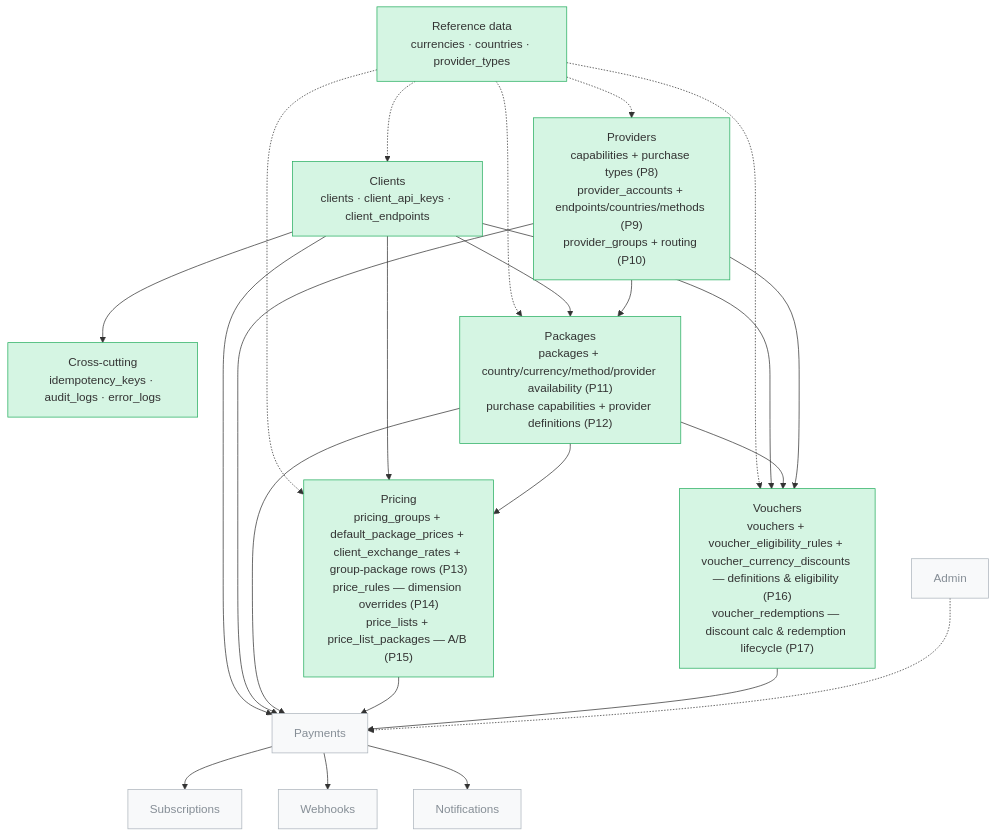
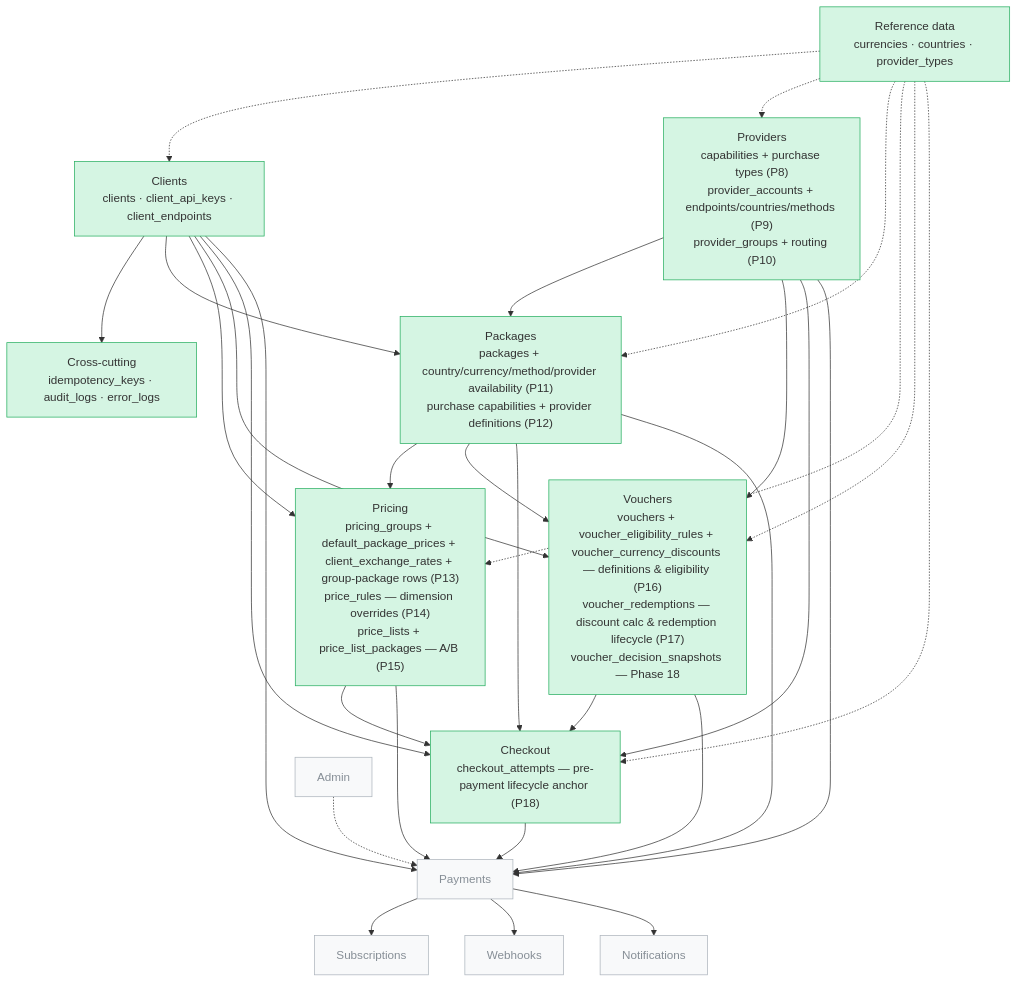
Before and after one commit to mahsashahi/Gomrok: the first of 16 diagrams in .claude/docs/database-diagram.md, drawn with Mermaid. The commit also changed other lines of this file and 68 other files, not shown here.

````diff
--- a/.claude/docs/database-diagram.md
+++ b/.claude/docs/database-diagram.md
@@ -9,37 +9,45 @@
 ```mermaid
 flowchart TD
     Ref["Reference data<br/>currencies · countries · provider_types"]
     Xc["Cross-cutting<br/>idempotency_keys · audit_logs · error_logs"]
     Clients["Clients<br/>clients · client_api_keys · client_endpoints"]
     Providers["Providers<br/>capabilities + purchase types (P8)<br/>provider_accounts + endpoints/countries/methods (P9)<br/>provider_groups + routing (P10)"]
     Packages["Packages<br/>packages + country/currency/method/provider availability (P11)<br/>purchase capabilities + provider definitions (P12)"]
     Pricing["Pricing<br/>pricing_groups + default_package_prices + client_exchange_rates + group-package rows (P13)<br/>price_rules — dimension overrides (P14)<br/>price_lists + price_list_packages — A/B (P15)"]
-    Vouchers["Vouchers<br/>vouchers + voucher_eligibility_rules + voucher_currency_discounts — definitions & eligibility (P16)<br/>voucher_redemptions — discount calc & redemption lifecycle (P17)"]
+    Vouchers["Vouchers<br/>vouchers + voucher_eligibility_rules + voucher_currency_discounts — definitions & eligibility (P16)<br/>voucher_redemptions — discount calc & redemption lifecycle (P17)<br/>voucher_decision_snapshots — Phase 18"]
+    Checkout["Checkout<br/>checkout_attempts — pre-payment lifecycle anchor (P18)"]
     Ref -.-> Clients
     Ref -.-> Providers
     Ref -.-> Packages
     Ref -.-> Pricing
     Ref -.-> Vouchers
+    Ref -.-> Checkout
     Clients --> Xc
     Clients --> Packages
     Providers --> Packages
     Clients --> Pricing
     Packages --> Pricing
     Clients --> Vouchers
     Packages --> Vouchers
     Providers --> Vouchers
+    Clients --> Checkout
+    Packages --> Checkout
+    Pricing --> Checkout
+    Vouchers --> Checkout
+    Providers --> Checkout
     Clients --> Payments
     Providers --> Payments
     Packages --> Payments
     Pricing --> Payments
     Vouchers --> Payments
+    Checkout --> Payments
     Payments --> Subscriptions
     Payments --> Webhooks
     Payments --> Notifications
     Admin -.-> Payments
 
     classDef done fill:#d5f5e3,stroke:#27ae60;
     classDef todo fill:#f8f9fa,stroke:#adb5bd,color:#868e96;
-    class Ref,Xc,Clients,Providers,Packages,Pricing,Vouchers done;
+    class Ref,Xc,Clients,Providers,Packages,Pricing,Vouchers,Checkout done;
     class Payments,Subscriptions,Webhooks,Notifications,Admin todo;
 ```
````
